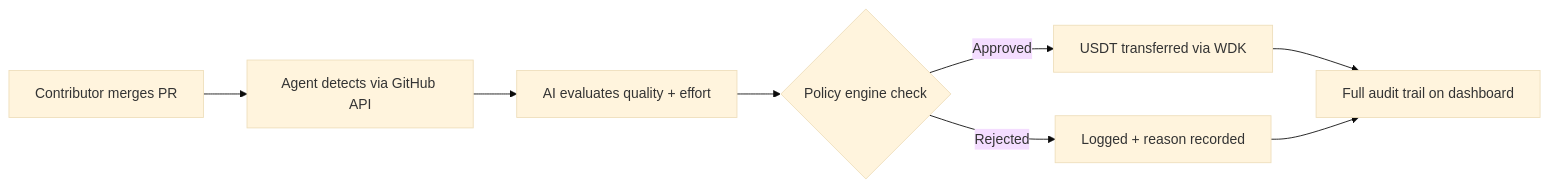
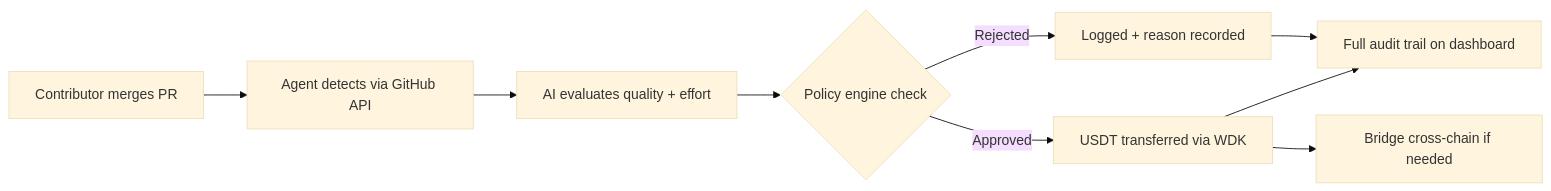
The first of 6 diagrams in README.md (N-45div/PayStream), drawn with Mermaid (base theme) before and after one commit. The commit also changed other lines of this file and 3 other files, not shown here.

First line of the commit message:
feat: add USDT0 cross-chain bridge + updated README with mermaid diagrams

````diff
--- a/README.md
+++ b/README.md
@@ -21,10 +22,11 @@
 ```mermaid
 graph LR
     A[Contributor merges PR] --> B[Agent detects via GitHub API]
     B --> C[AI evaluates quality + effort]
     C --> D{Policy engine check}
     D -->|Approved| E[USDT transferred via WDK]
     D -->|Rejected| F[Logged + reason recorded]
     E --> G[Full audit trail on dashboard]
     F --> G
+    E --> H[Bridge cross-chain if needed]
 ```
````
